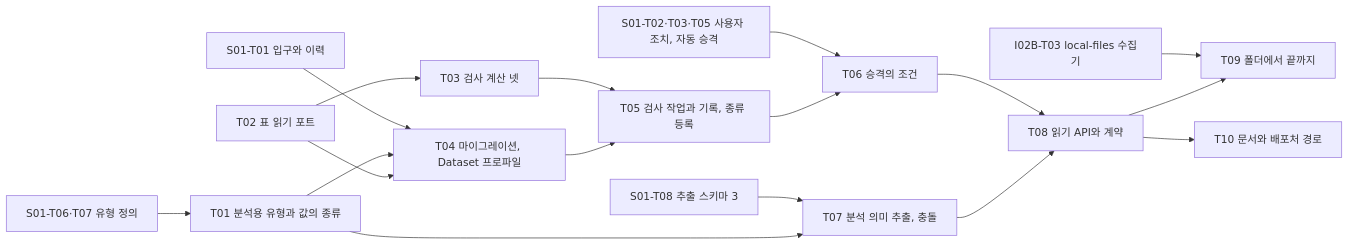
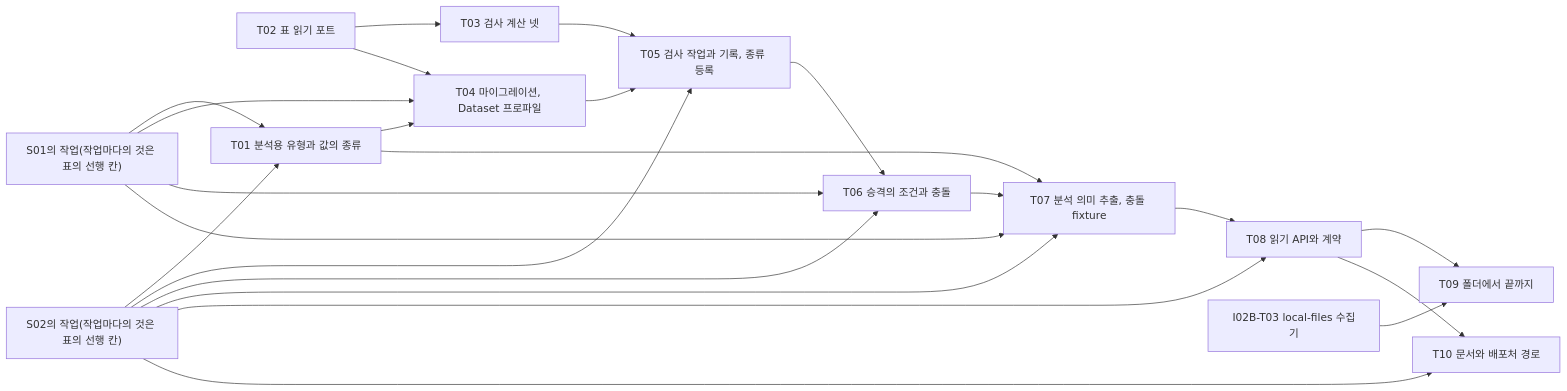
Before and after one commit to nohdol97/PKI: the fourth of 4 diagrams in docs/specs/2026-11-22-S03-analytical-semantic.md, drawn with Mermaid. The commit also changed other lines of this file, not shown here.

````diff
--- a/docs/specs/2026-11-22-S03-analytical-semantic.md
+++ b/docs/specs/2026-11-22-S03-analytical-semantic.md
@@ -494,19 +542,25 @@
 ```mermaid
 flowchart LR
   T02["T02 표 읽기 포트"] --> T03["T03 검사 계산 넷"]
-  S06["S01-T06·T07 유형 정의"] --> T01["T01 분석용 유형과 값의 종류"]
-  S01["S01-T01 입구와 이력"] --> T04["T04 마이그레이션, Dataset 프로파일"]
+  S1["S01의 작업(작업마다의 것은 표의 선행 칸)"] --> T01["T01 분석용 유형과 값의 종류"]
+  S2["S02의 작업(작업마다의 것은 표의 선행 칸)"] --> T01
+  S1 --> T04["T04 마이그레이션, Dataset 프로파일"]
   T01 --> T04
   T02 --> T04
   T03 --> T05["T05 검사 작업과 기록, 종류 등록"]
   T04 --> T05
-  S02["S01-T02·T03·T05 사용자 조치, 자동 승격"] --> T06["T06 승격의 조건"]
+  S2 --> T05
+  S1 --> T06["T06 승격의 조건과 충돌"]
+  S2 --> T06
   T05 --> T06
-  S08["S01-T08 추출 스키마 3"] --> T07["T07 분석 의미 추출, 충돌"]
+  S1 --> T07["T07 분석 의미 추출, 충돌 fixture"]
+  S2 --> T07
   T01 --> T07
-  T06 --> T08["T08 읽기 API와 계약"]
+  T06 --> T07
+  S2 --> T08["T08 읽기 API와 계약"]
   T07 --> T08
   I02["I02B-T03 local-files 수집기"] --> T09["T09 폴더에서 끝까지"]
   T08 --> T09
   T08 --> T10["T10 문서와 배포처 경로"]
+  S2 --> T10
 ```
````
